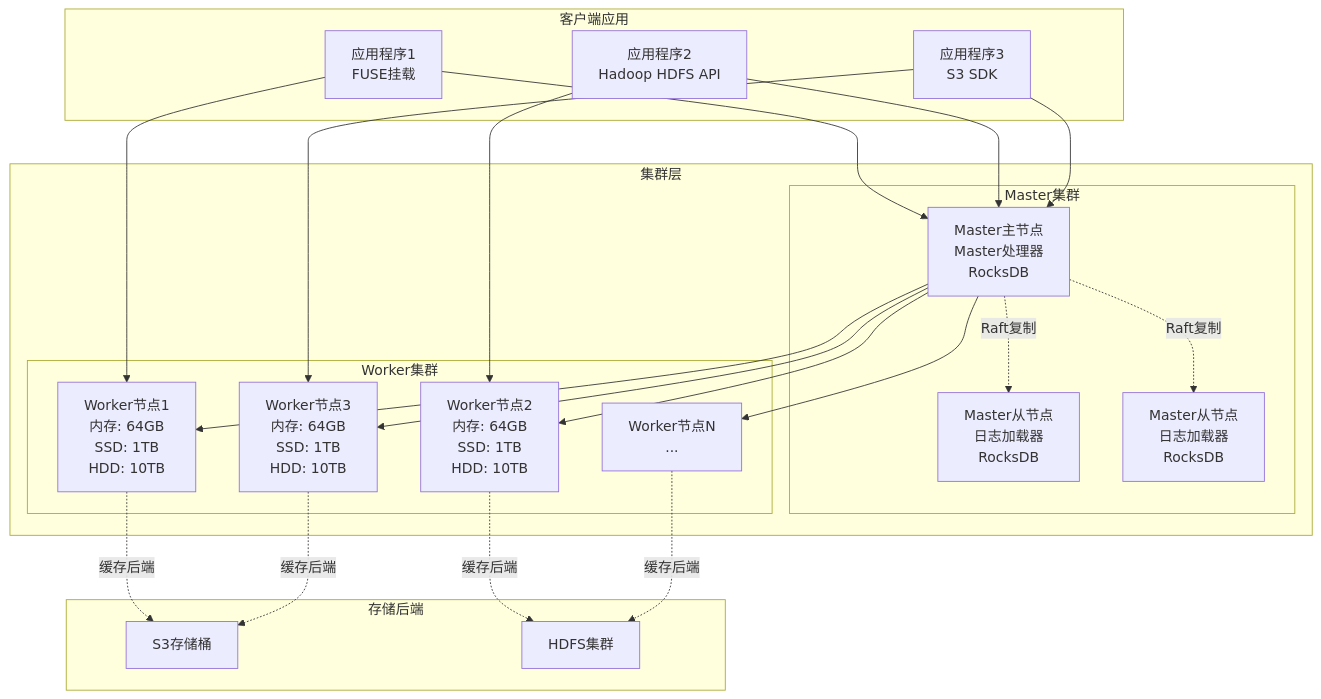
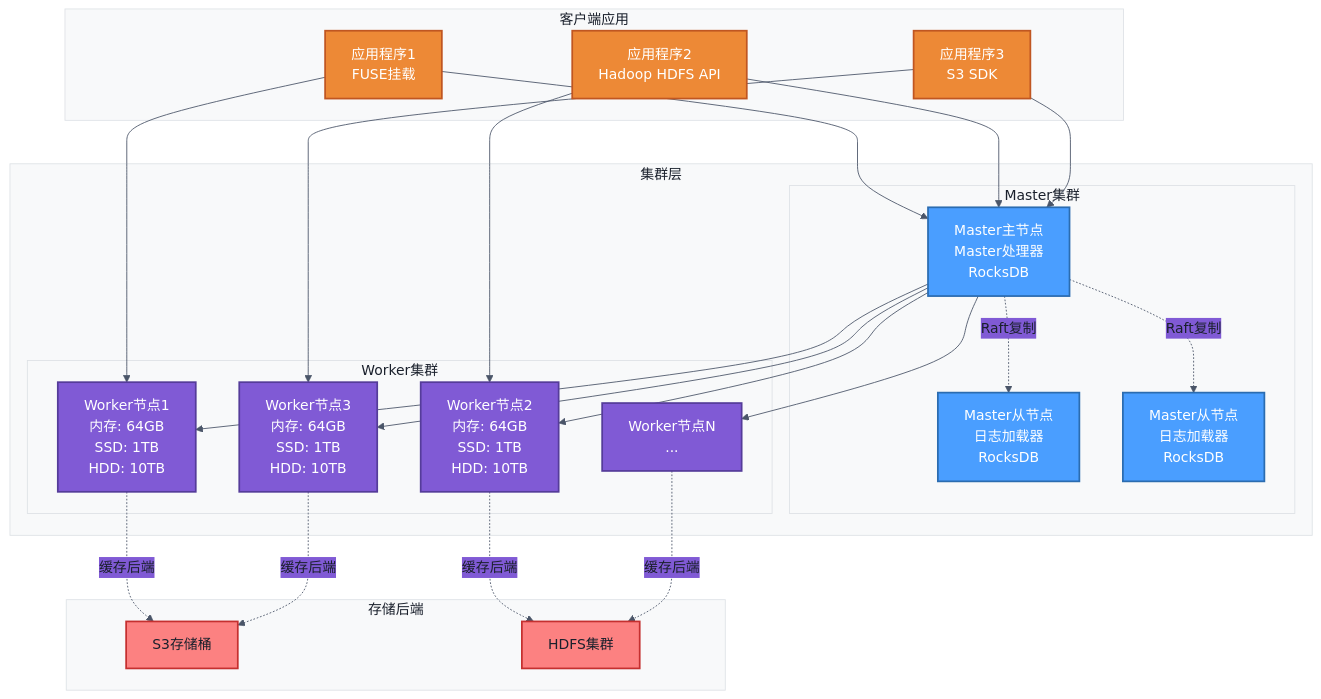
The first of 2 diagrams in i18n/zh-cn/docusaurus-plugin-content-docs/current/2-Deploy/2-Deploy-Curvine-Cluster/1-Preparation/04-Deployment-Architecture.md (CurvineIO/curvine-doc), drawn with Mermaid before and after one commit. The commit also changed other lines of this file and 5 other files, not shown here.

````diff
--- a/i18n/zh-cn/docusaurus-plugin-content-docs/current/2-Deploy/2-Deploy-Curvine-Cluster/1-Preparation/04-Deployment-Architecture.md
+++ b/i18n/zh-cn/docusaurus-plugin-content-docs/current/2-Deploy/2-Deploy-Curvine-Cluster/1-Preparation/04-Deployment-Architecture.md
@@ -6,45 +6,57 @@
 ```mermaid
+%%{init: {'theme': 'base', 'themeVariables': { 'background': '#ffffff', 'primaryColor': '#4a9eff', 'primaryTextColor': '#1a202c', 'primaryBorderColor': '#3182ce', 'lineColor': '#4a5568', 'secondaryColor': '#805ad5', 'tertiaryColor': '#38a169', 'mainBkg': '#ffffff', 'nodeBorder': '#4a5568', 'clusterBkg': '#f8f9fa', 'clusterBorder': '#dee2e6', 'titleColor': '#1a202c'}}}%%
 flowchart TD
     subgraph 客户端应用
         App1[应用程序1<br/>FUSE挂载]
         App2[应用程序2<br/>Hadoop HDFS API]
         App3[应用程序3<br/>S3 SDK]
     end
 
     subgraph 集群层
         subgraph Master集群
             MasterLeader[Master主节点<br/>Master处理器<br/>RocksDB]
             MasterFollower1[Master从节点<br/>日志加载器<br/>RocksDB]
             MasterFollower2[Master从节点<br/>日志加载器<br/>RocksDB]
             MasterLeader -. Raft复制 .-> MasterFollower1
             MasterLeader -. Raft复制 .-> MasterFollower2
         end
 
         subgraph Worker集群
             Worker1[Worker节点1<br/>内存: 64GB<br/>SSD: 1TB<br/>HDD: 10TB]
             Worker2[Worker节点2<br/>内存: 64GB<br/>SSD: 1TB<br/>HDD: 10TB]
             Worker3[Worker节点3<br/>内存: 64GB<br/>SSD: 1TB<br/>HDD: 10TB]
             WorkerN[Worker节点N<br/>...]
         end
     end
 
     subgraph 存储后端
         S3Bucket[S3存储桶]
         HDFSCluster[HDFS集群]
     end
 
     App1 --> MasterLeader
     App1 --> Worker1
     App2 --> MasterLeader
     App2 --> Worker2
     App3 --> MasterLeader
     App3 --> Worker3
     MasterLeader --> Worker1
     MasterLeader --> Worker2
     MasterLeader --> Worker3
     MasterLeader --> WorkerN
     Worker1 -. 缓存后端 .-> S3Bucket
     Worker2 -. 缓存后端 .-> HDFSCluster
     Worker3 -. 缓存后端 .-> S3Bucket
     WorkerN -. 缓存后端 .-> HDFSCluster
+
+    %% Styles
+    classDef appStyle fill:#ed8936,stroke:#c05621,color:#fff,stroke-width:2px
+    classDef masterStyle fill:#4a9eff,stroke:#2b6cb0,color:#fff,stroke-width:2px
+    classDef workerStyle fill:#805ad5,stroke:#553c9a,color:#fff,stroke-width:2px
+    classDef storageStyle fill:#fc8181,stroke:#c53030,color:#1a202c,stroke-width:2px
+    
+    class App1,App2,App3 appStyle
+    class MasterLeader,MasterFollower1,MasterFollower2 masterStyle
+    class Worker1,Worker2,Worker3,WorkerN workerStyle
+    class S3Bucket,HDFSCluster storageStyle
 ```
````
